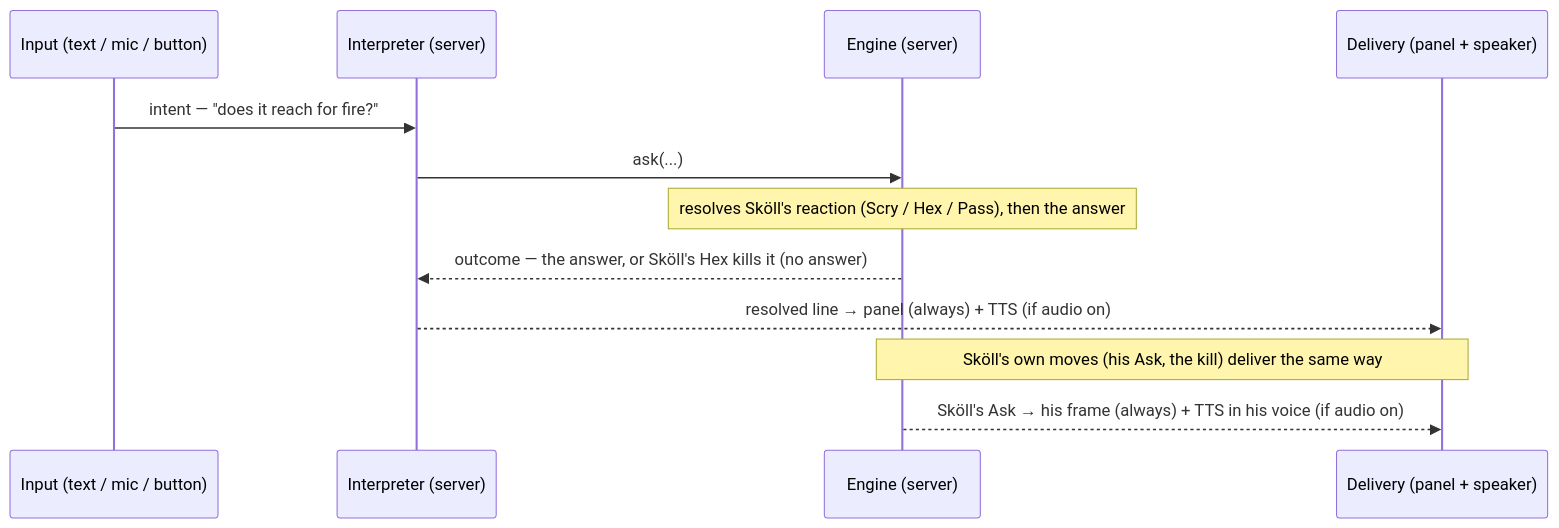
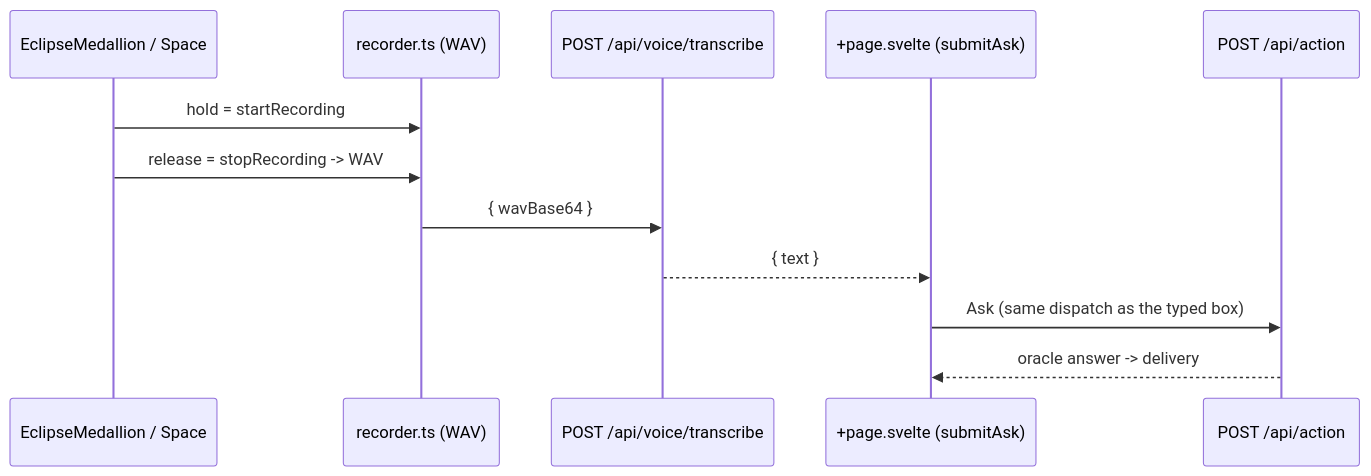
The fourth of 5 diagrams in docs/architecture.md (anchildress1/save-the-sun), drawn with Mermaid before and after one commit. The commit also changed other lines of this file and 37 other files, not shown here.

First line of the commit message:
feat: push-to-talk voice — retire the Live session (#60)

````diff
--- a/docs/architecture.md
+++ b/docs/architecture.md
@@ -212,19 +155,18 @@
 ```mermaid
-%%{init: {'theme': 'default'}}%%
 sequenceDiagram
-    accTitle: A conversation turn in the target architecture
-    accDescr: A typed or spoken Ask is interpreted server-side into an engine call. The engine resolves Sköll's reaction (Scry, Hex, or Pass) and then the answer in one step, so a Hexed Ask yields no answer at all. The resolved line is delivered through the shared layer as panel text always and TTS audio when audio is on. Sköll's own moves ride the same delivery off engine events.
+    accTitle: Voice input - push-to-talk to a transcribed Ask
+    accDescr: Holding the medallion or Space records a WAV; release posts it to the transcribe route, which returns text; the page runs that text through the same Ask pipeline as the typed box.
 
-    participant In as Input (text / mic / button)
-    participant Interp as Interpreter (server)
-    participant Eng as Engine (server)
-    participant Del as Delivery (panel + speaker)
+    participant Medallion as EclipseMedallion / Space
+    participant Rec as recorder.ts (WAV)
+    participant STT as POST /api/voice/transcribe
+    participant Page as +page.svelte (submitAsk)
+    participant Action as POST /api/action
 
-    In->>Interp: intent — "does it reach for fire?"
-    Interp->>Eng: ask(...)
-    Note over Eng: resolves Sköll's reaction (Scry / Hex / Pass), then the answer
-    Eng-->>Interp: outcome — the answer, or Sköll's Hex kills it (no answer)
-    Interp-->>Del: resolved line → panel (always) + TTS (if audio on)
-    Note over Eng,Del: Sköll's own moves (his Ask, the kill) deliver the same way
-    Eng-->>Del: Sköll's Ask → his frame (always) + TTS in his voice (if audio on)
+    Medallion->>Rec: hold = startRecording
+    Medallion->>Rec: release = stopRecording -> WAV
+    Rec->>STT: { wavBase64 }
+    STT-->>Page: { text }
+    Page->>Action: Ask (same dispatch as the typed box)
+    Action-->>Page: oracle answer -> delivery
 ```
````
